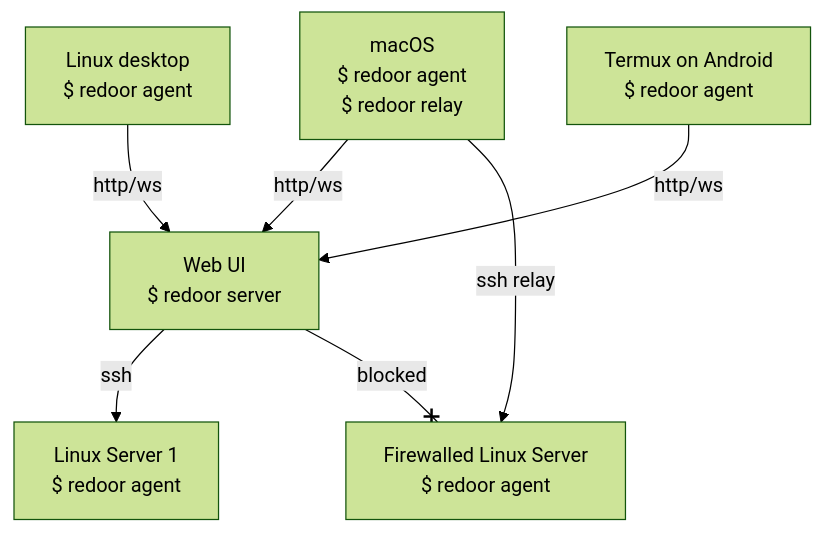
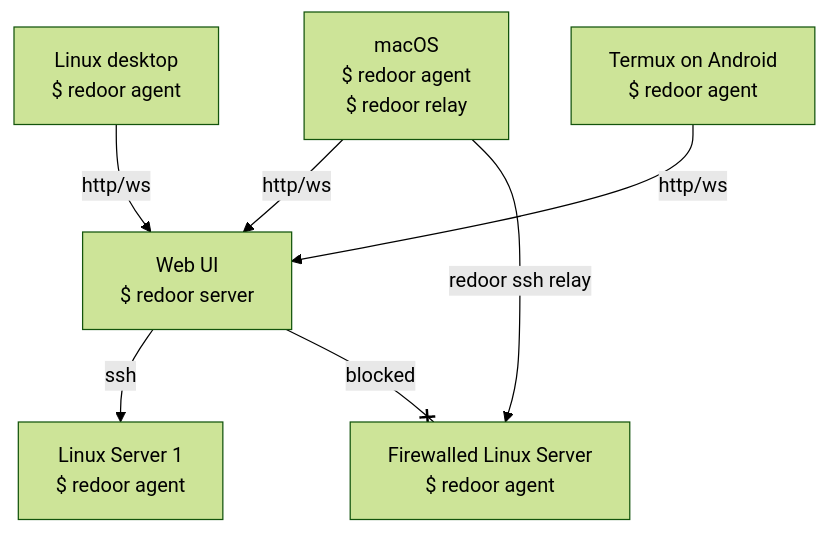
Before and after one commit to esamattis/redoor: the diagram in README.md, drawn with Mermaid (forest theme). The commit also changed other lines of this file, not shown here.

````diff
--- a/README.md
+++ b/README.md
@@ -38,10 +40,10 @@
 ```mermaid
 graph TD
     Server["Web UI\n$ redoor server"]
     Server -->|ssh| LinuxServer["Linux Server 1\n$ redoor agent"]
     LinuxDesktop["Linux desktop\n$ redoor agent"] -->|http/ws| Server
     macOS["macOS\n$ redoor agent\n$ redoor relay"] -->|http/ws| Server
-    macOS -->|"ssh relay"| Server2["Firewalled Linux Server\n$ redoor agent"]
+    macOS -->|"redoor ssh relay"| Server2["Firewalled Linux Server\n$ redoor agent"]
     Server --x|blocked| Server2
     Termux["Termux on Android\n$ redoor agent"] -->|http/ws| Server
 ```
````
